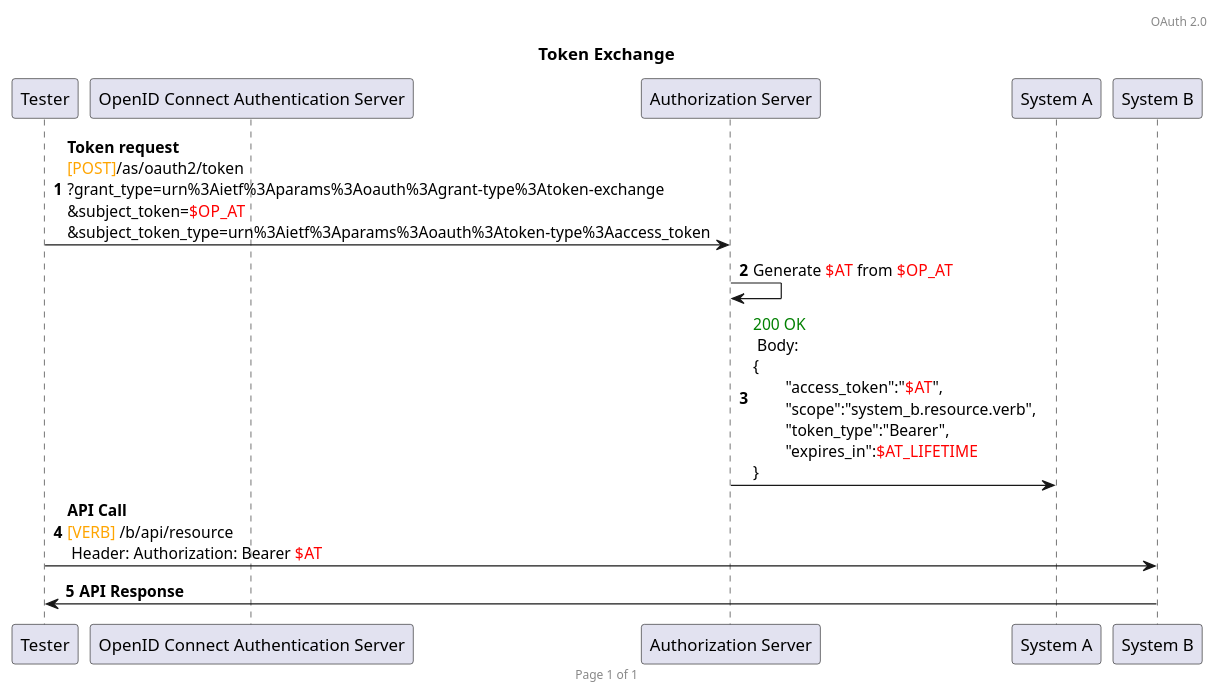
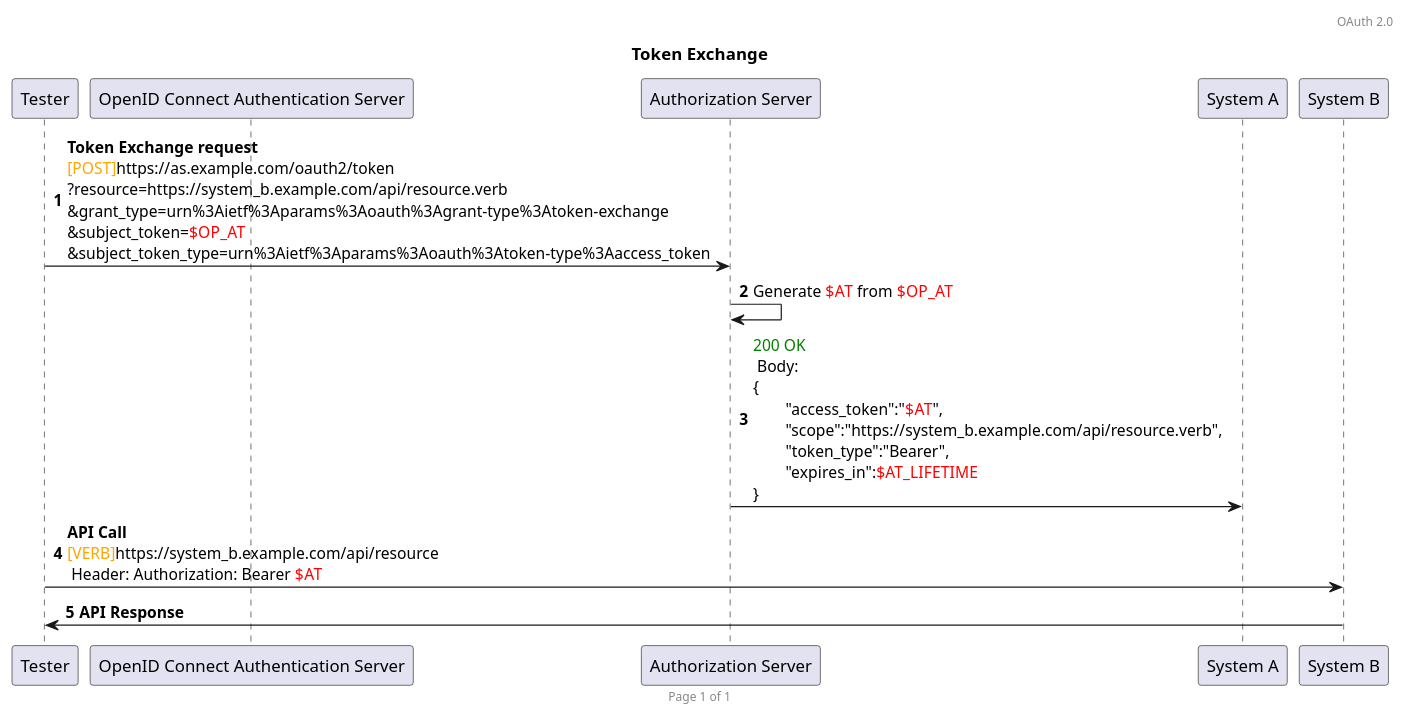
The diagram in plantuml/oauth2/token_exchange_system_impersonation.plantuml (HenriLefevrePro/Articles), drawn with PlantUML before and after one commit.

```diff
--- a/plantuml/oauth2/token_exchange_system_impersonation.plantuml
+++ b/plantuml/oauth2/token_exchange_system_impersonation.plantuml
@@ -1,21 +1,21 @@
 @startuml
 
 header OAuth 2.0
 footer Page %page% of %lastpage%
 
 title Token Exchange
 autonumber
 
 participant T as "Tester"
 participant OP as "OpenID Connect Authentication Server"
 participant Auth as "Authorization Server"
 participant A as "System A"
 participant B as "System B"
 
-T -> Auth : **Token request**\n<font color=orange>[POST]</font>/as/oauth2/token\n?grant_type=urn%3Aietf%3Aparams%3Aoauth%3Agrant-type%3Atoken-exchange\n&subject_token=<font color=red>$OP_AT</font>\n&subject_token_type=urn%3Aietf%3Aparams%3Aoauth%3Atoken-type%3Aaccess_token
+T -> Auth : **Token Exchange request**\n<font color=orange>[POST]</font>https://as.example.com/oauth2/token\n?resource=https://system_b.example.com/api/resource.verb\n&grant_type=urn%3Aietf%3Aparams%3Aoauth%3Agrant-type%3Atoken-exchange\n&subject_token=<font color=red>$OP_AT</font>\n&subject_token_type=urn%3Aietf%3Aparams%3Aoauth%3Atoken-type%3Aaccess_token
 Auth -> Auth : Generate <font color=red>$AT</font> from <font color=red>$OP_AT</font>
-Auth -> A : <font color=green>200 OK</font> \n Body: \n{\n\t"access_token":"<font color=red>$AT</font>",\n\t"scope":"system_b.resource.verb",\n\t"token_type":"Bearer",\n\t"expires_in":<font color=red>$AT_LIFETIME</font>\n}
+Auth -> A : <font color=green>200 OK</font> \n Body: \n{\n\t"access_token":"<font color=red>$AT</font>",\n\t"scope":"https://system_b.example.com/api/resource.verb",\n\t"token_type":"Bearer",\n\t"expires_in":<font color=red>$AT_LIFETIME</font>\n}
 
-T -> B : **API Call** \n<font color=orange>[VERB]</font> /b/api/resource\n Header: Authorization: Bearer <font color=red>$AT</font>
+T -> B : **API Call** \n<font color=orange>[VERB]</font>https://system_b.example.com/api/resource\n Header: Authorization: Bearer <font color=red>$AT</font>
 B -> T : **API Response**
 @enduml
```
